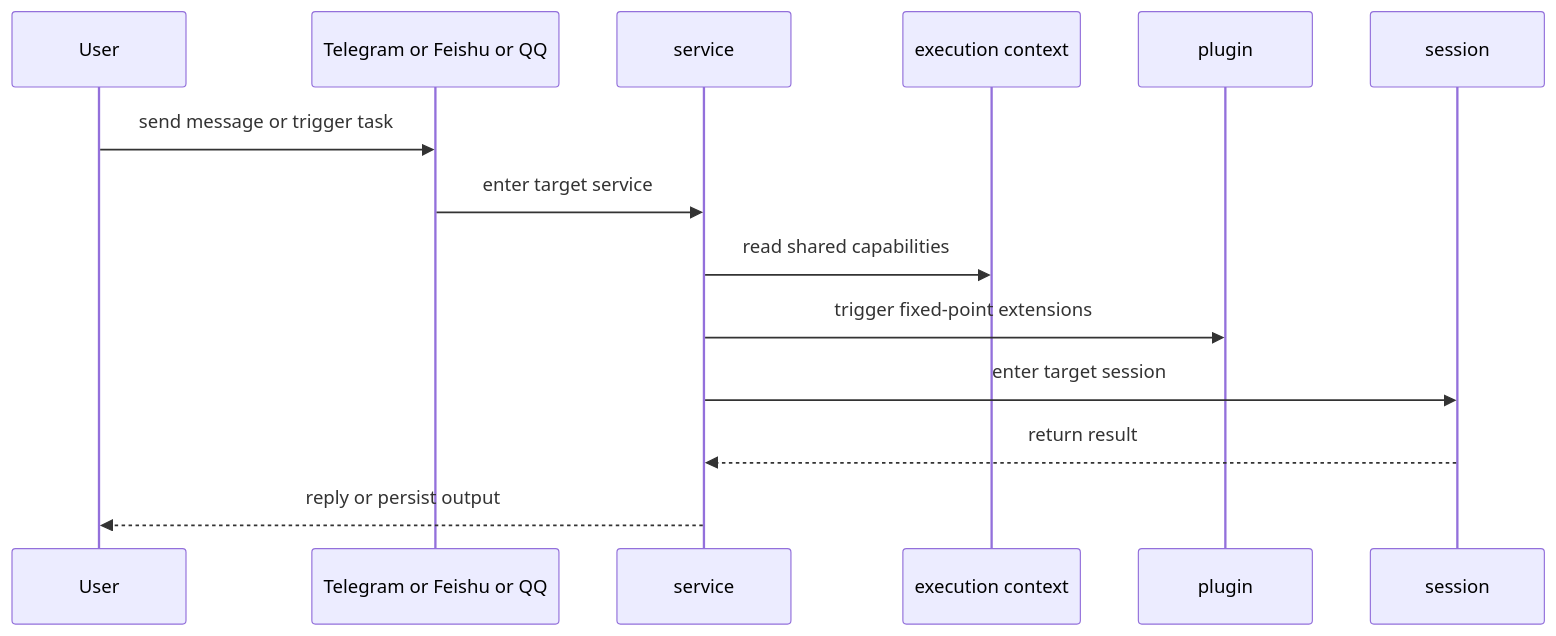
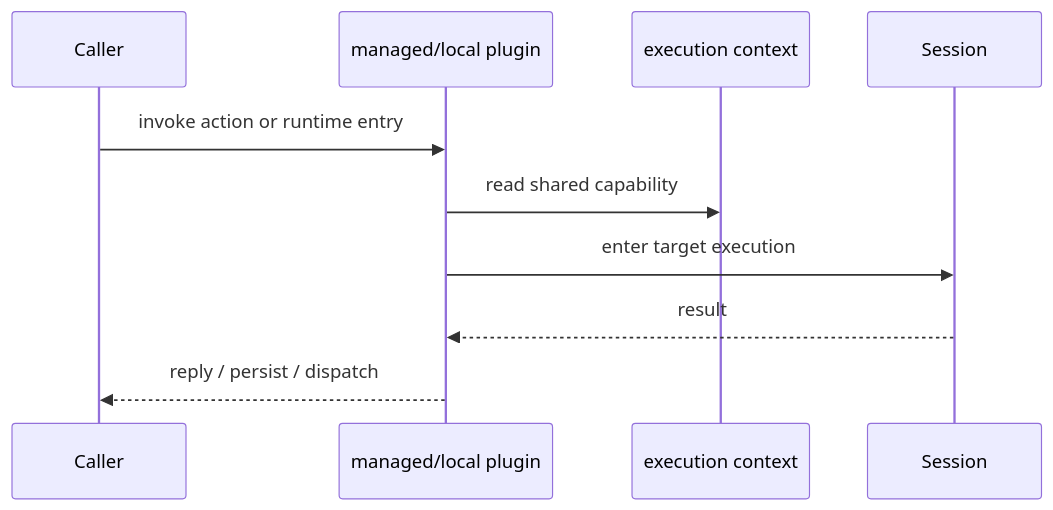
The diagram in homepage/content/docs/en/concepts/logic-map.mdx (wangenius/downcity), drawn with Mermaid before and after one commit. The commit also changed other lines of this file and 433 other files, not shown here.

Commit message:
refactor(agent,city): unify plugin-session architecture

````diff
--- a/homepage/content/docs/en/concepts/logic-map.mdx
+++ b/homepage/content/docs/en/concepts/logic-map.mdx
@@ -46,17 +22,13 @@
 ```mermaid
 sequenceDiagram
-  participant User as User
-  participant Channel as Telegram or Feishu or QQ
-  participant Service as service
+  participant Caller
+  participant Plugin as managed/local plugin
   participant Context as execution context
-  participant Plugin as plugin
-  participant Session as session
+  participant Session
 
-  User->>Channel: send message or trigger task
-  Channel->>Service: enter target service
-  Service->>Context: read shared capabilities
-  Service->>Plugin: trigger fixed-point extensions
-  Service->>Session: enter target session
-  Session-->>Service: return result
-  Service-->>User: reply or persist output
+  Caller->>Plugin: invoke action or runtime entry
+  Plugin->>Context: read shared capability
+  Plugin->>Session: enter target execution
+  Session-->>Plugin: result
+  Plugin-->>Caller: reply / persist / dispatch
 ```
````
